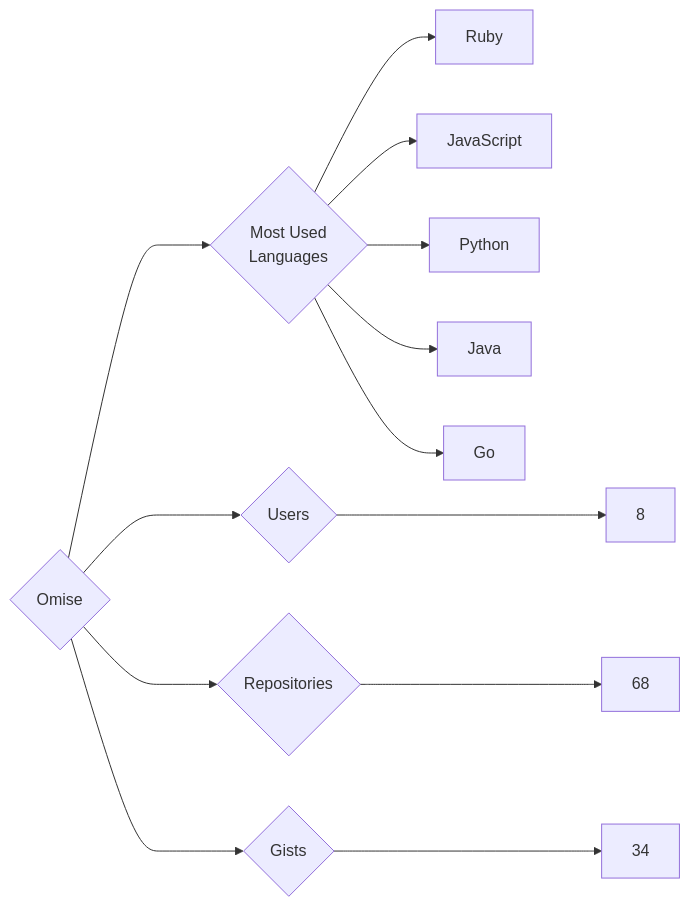
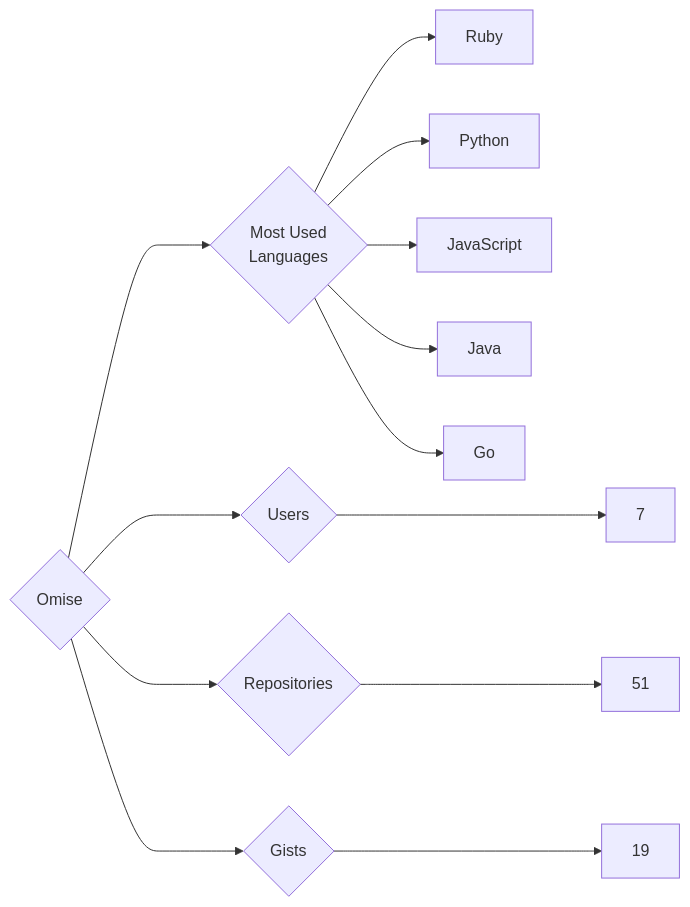
One commit to trickest/insiders changed the diagram in targets/Omise/README.md. Above: the diagram before and after it, drawn with Mermaid. The commit also changed 1389 other files, not shown here.

````diff
--- a/targets/Omise/README.md
+++ b/targets/Omise/README.md
@@ -3,13 +3,13 @@
 ```mermaid
 graph LR
 COMPANY_NAME{Omise}
-COMPANY_NAME ---> U{Users} ---> UN[8]
-COMPANY_NAME ---> R{Repositories} ---> RN[68]
-COMPANY_NAME ---> G{Gists} ---> GN[34]
+COMPANY_NAME ---> U{Users} ---> UN[7]
+COMPANY_NAME ---> R{Repositories} ---> RN[51]
+COMPANY_NAME ---> G{Gists} ---> GN[19]
 COMPANY_NAME ---> ML{Most Used<br>Languages}
 ML --> Ruby[Ruby]
+ML --> Python[Python]
 ML --> JavaScript[JavaScript]
-ML --> Python[Python]
 ML --> Java[Java]
 ML --> Go[Go]
 ```
````
